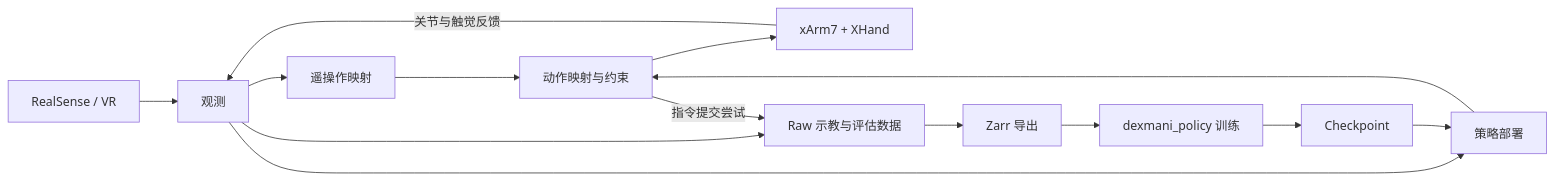
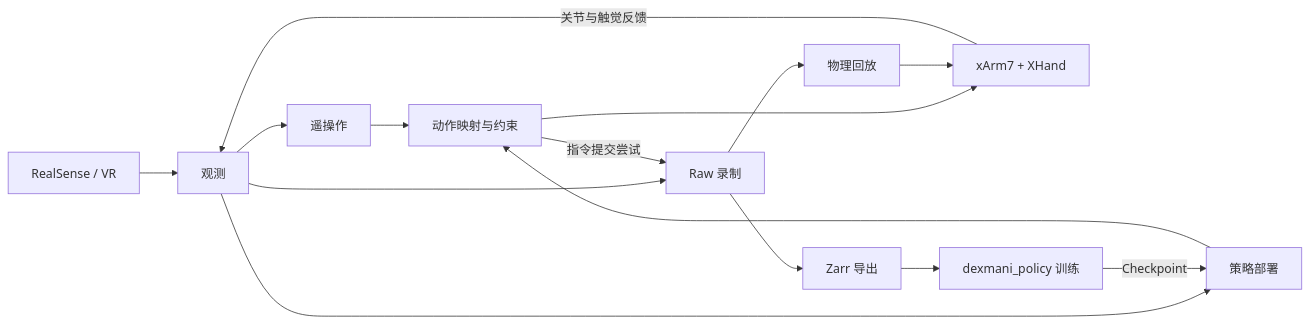
Before and after one commit to haoyangzhanglab/dexmani_real: the diagram in README.md, drawn with Mermaid. The commit also changed other lines of this file and 35 other files, not shown here.

````diff
--- a/README.md
+++ b/README.md
@@ -7,16 +9,12 @@
 ```mermaid
 flowchart LR
     sensors[RealSense / VR] --> observation[观测]
     robot[xArm7 + XHand] -->|关节与触觉反馈| observation
-    observation --> teleop[遥操作映射]
-    observation --> deployment[策略部署]
-    teleop --> control[动作映射与约束]
-    deployment --> control
-    control --> robot
-    observation --> raw[Raw 示教与评估数据]
+    observation --> teleop[遥操作] --> control[动作映射与约束] --> robot
+    observation --> deployment[策略部署] --> control
+    observation --> raw[Raw 录制]
     control -->|指令提交尝试| raw
-    raw --> export[Zarr 导出]
-    export --> training[dexmani_policy 训练]
-    training --> checkpoint[Checkpoint]
-    checkpoint --> deployment
+    raw --> export[Zarr 导出] --> training[dexmani_policy 训练]
+    training -->|Checkpoint| deployment
+    raw --> replay[物理回放] --> robot
 ```
````
